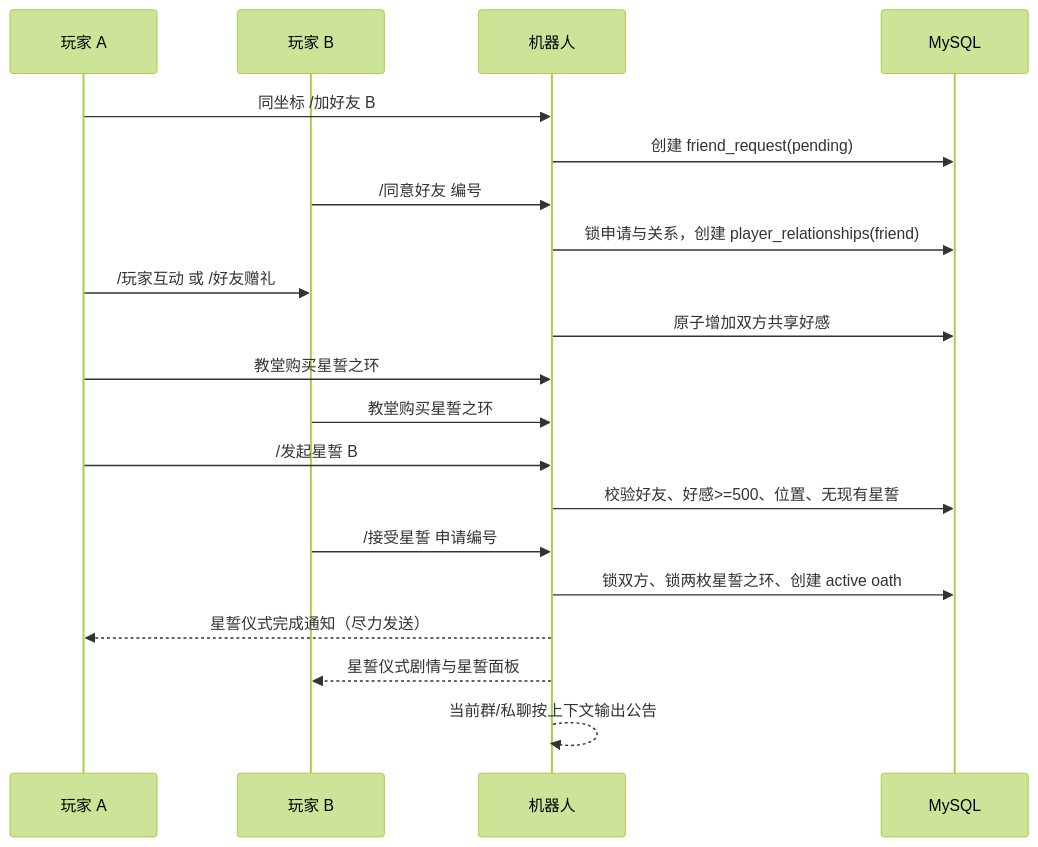
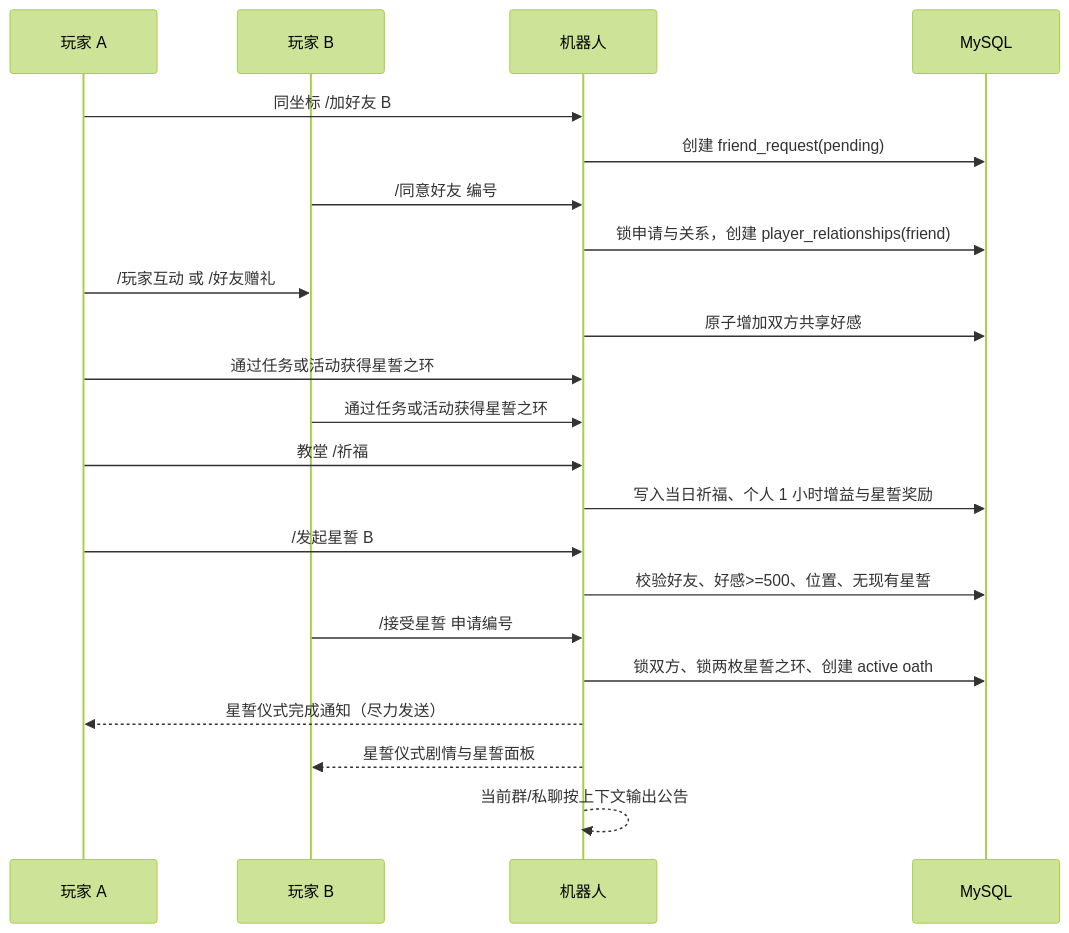
The diagram in docs/好感与星誓系统实施方案.md (yoshino6/FantasyFinal), drawn with Mermaid (forest theme) before and after one commit. The commit also changed other lines of this file and 25 other files, not shown here.

````diff
--- a/docs/好感与星誓系统实施方案.md
+++ b/docs/好感与星誓系统实施方案.md
@@ -447,23 +532,25 @@
 ```mermaid
 sequenceDiagram
   participant A as 玩家 A
   participant B as 玩家 B
   participant Bot as 机器人
   participant DB as MySQL
 
   A->>Bot: 同坐标 /加好友 B
   Bot->>DB: 创建 friend_request(pending)
   B->>Bot: /同意好友 编号
   Bot->>DB: 锁申请与关系，创建 player_relationships(friend)
   A->>B: /玩家互动 或 /好友赠礼
   Bot->>DB: 原子增加双方共享好感
-  A->>Bot: 教堂购买星誓之环
-  B->>Bot: 教堂购买星誓之环
+  A->>Bot: 通过任务或活动获得星誓之环
+  B->>Bot: 通过任务或活动获得星誓之环
+  A->>Bot: 教堂 /祈福
+  Bot->>DB: 写入当日祈福、个人 1 小时增益与星誓奖励
   A->>Bot: /发起星誓 B
   Bot->>DB: 校验好友、好感>=500、位置、无现有星誓
   B->>Bot: /接受星誓 申请编号
   Bot->>DB: 锁双方、锁两枚星誓之环、创建 active oath
   Bot-->>A: 星誓仪式完成通知（尽力发送）
   Bot-->>B: 星誓仪式剧情与星誓面板
   Bot-->>Bot: 当前群/私聊按上下文输出公告
 ```
````
